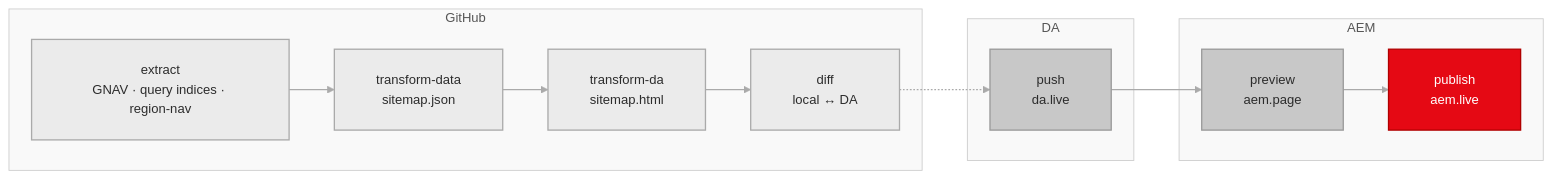
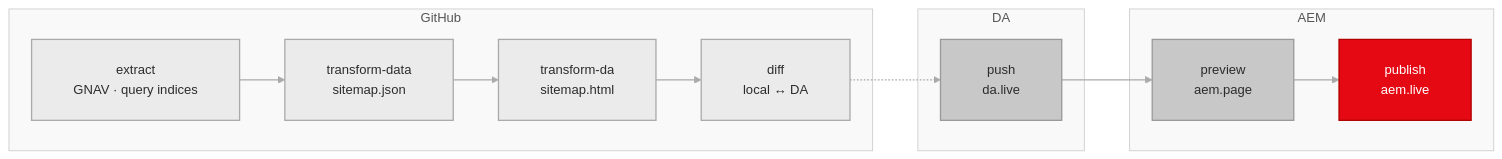
One commit to adobecom/milo changed the second of 2 diagrams in .github/workflows/html-sitemap/README.md. Above: the diagram before and after it, drawn with Mermaid. The commit also changed other lines of this file and 1 other file, not shown here.

````diff
--- a/.github/workflows/html-sitemap/README.md
+++ b/.github/workflows/html-sitemap/README.md
@@ -160,61 +120,61 @@
 ```mermaid
 %%{
   init: {
     "theme": "base",
     "flowchart": {
       "htmlLabels": false,
       "padding": 24,
       "nodeSpacing": 50,
       "rankSpacing": 52
     },
     "themeVariables": {
       "fontSize": "15px",
       "lineColor": "#555555",
       "primaryTextColor": "#2C2C2C",
       "clusterBkg": "#FAFAFA",
       "clusterBorder": "#CCCCCC",
       "titleColor": "#555555",
       "edgeLabelBackground": "#FFFFFF",
       "edgeLabelColor": "#555555"
     }
   }
 }%%
 flowchart LR
 
   subgraph GHA["GitHub"]
-    Extract["extract\nGNAV · query indices · region-nav"]
+    Extract["extract\nGNAV · query indices"]
     TransformData["transform-data\nsitemap.json"]
     TransformDA["transform-da\nsitemap.html"]
     Diff["diff\nlocal ↔ DA"]
   end
 
   subgraph DA["DA"]
     Push["push\nda.live"]
   end
 
   subgraph AEM["AEM"]
     Preview["preview\naem.page"]
     Publish["publish\naem.live"]
   end
 
   Extract       --> TransformData
   TransformData --> TransformDA
   TransformDA   --> Diff
   Diff          -.-> Push
   Push          --> Preview
   Preview       --> Publish
 
   linkStyle default stroke:#AAAAAA,stroke-width:1.5px
 
   style Extract       fill:#EBEBEB,stroke:#AAAAAA,stroke-width:1.5px,color:#2C2C2C
   style TransformData fill:#EBEBEB,stroke:#AAAAAA,stroke-width:1.5px,color:#2C2C2C
   style TransformDA   fill:#EBEBEB,stroke:#AAAAAA,stroke-width:1.5px,color:#2C2C2C
   style Diff          fill:#EBEBEB,stroke:#AAAAAA,stroke-width:1.5px,color:#2C2C2C
   style Push          fill:#C8C8C8,stroke:#999999,stroke-width:1.5px,color:#2C2C2C
   style Preview       fill:#C8C8C8,stroke:#999999,stroke-width:1.5px,color:#2C2C2C
   style Publish       fill:#E50914,stroke:#B00000,stroke-width:1.5px,color:#FFFFFF
 
   style GHA fill:#F9F9F9,stroke:#CCCCCC,stroke-width:1px
   style DA  fill:#F9F9F9,stroke:#CCCCCC,stroke-width:1px
   style AEM fill:#F9F9F9,stroke:#CCCCCC,stroke-width:1px
 ```
````
